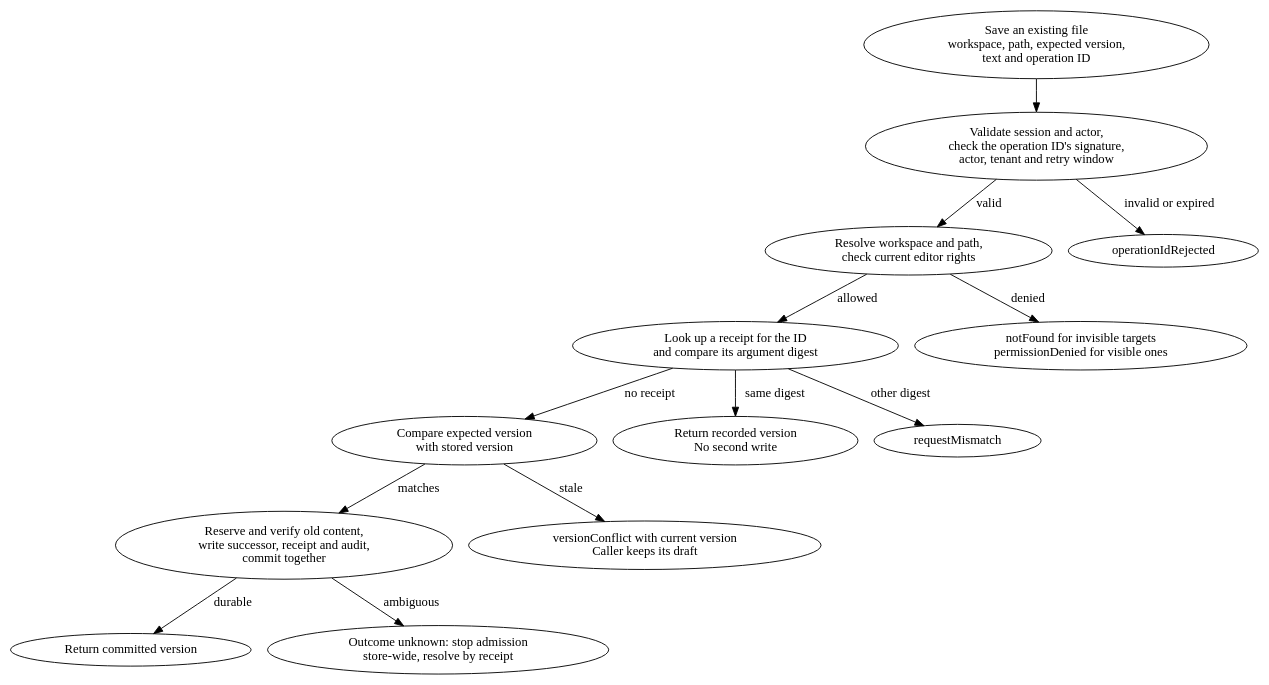
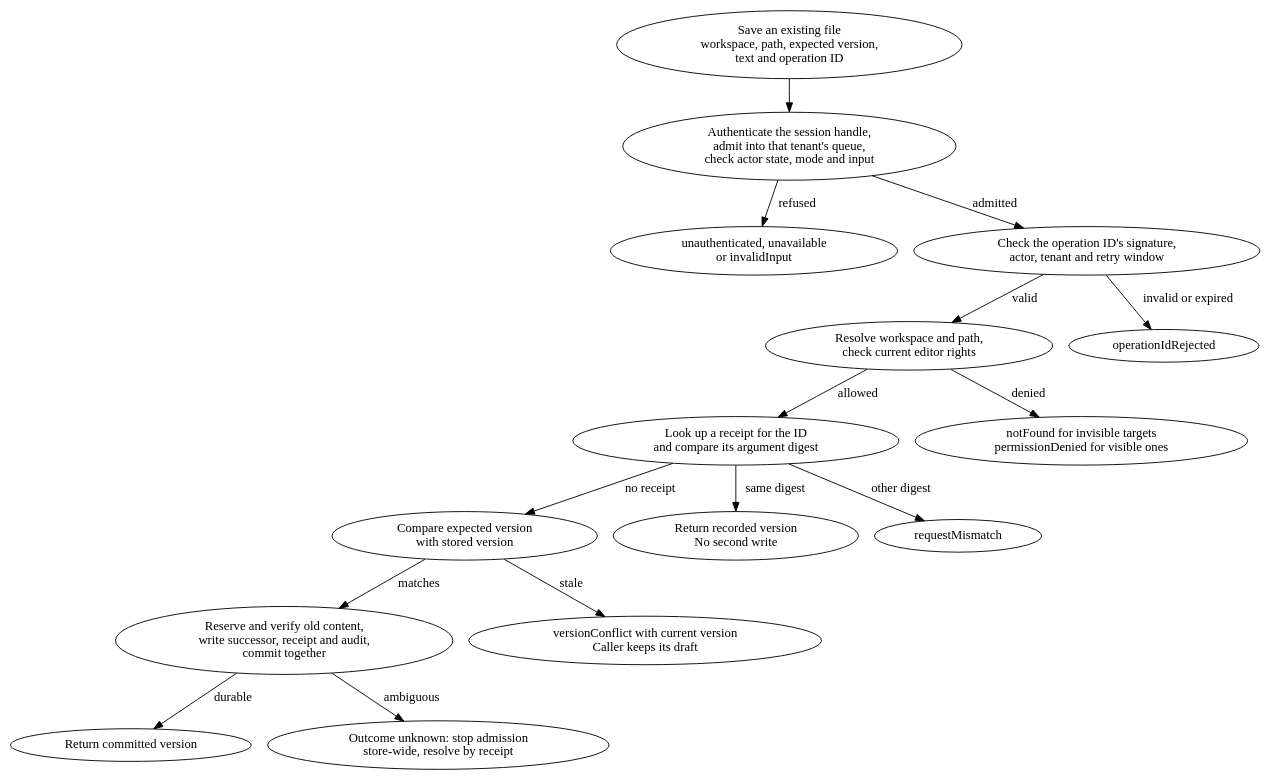
One commit to jeamy/phi-space changed the diagram in docs/img/src/zanzibar-save.dot. Above: the diagram before and after it, drawn with Graphviz. The commit also changed 2 other files, not shown here.

Commit message:
docs: agent filesystem plan names the application spaces-files; sessions are authenticated before the tenant queue, user identities are bound on FsActor, audit rows carry a sequence, recovery mutations have receipts, the deployment state outside the data store is specified (6.6), budgets move to section 3

```diff
--- a/docs/img/src/zanzibar-save.dot
+++ b/docs/img/src/zanzibar-save.dot
@@ -1,28 +1,32 @@
 digraph "Saving an existing file inside the tenant queue" {
 #include
 	start [label="Save an existing file\nworkspace, path, expected version,\ntext and operation ID"];
-	opid [label="Validate session and actor,\ncheck the operation ID's signature,\nactor, tenant and retry window"];
+	admit [label="Authenticate the session handle,\nadmit into that tenant's queue,\ncheck actor state, mode and input"];
+	refused [label="unauthenticated, unavailable\nor invalidInput", fillcolor="#f8e9e5"];
+	opid [label="Check the operation ID's signature,\nactor, tenant and retry window"];
 	auth [label="Resolve workspace and path,\ncheck current editor rights"];
 	receipt [label="Look up a receipt for the ID\nand compare its argument digest"];
 	version [label="Compare expected version\nwith stored version"];
 	commit [label="Reserve and verify old content,\nwrite successor, receipt and audit,\ncommit together", fillcolor="#d8eeea"];
 	rejected [label="operationIdRejected", fillcolor="#f8e9e5"];
 	denied [label="notFound for invisible targets\npermissionDenied for visible ones", fillcolor="#f8e9e5"];
 	replay [label="Return recorded version\nNo second write", fillcolor="#d8eeea"];
 	mismatch [label="requestMismatch", fillcolor="#f8e9e5"];
 	conflict [label="versionConflict with current version\nCaller keeps its draft", fillcolor="#fcf2d9"];
 	ok [label="Return committed version", fillcolor="#d8eeea"];
 	unknown [label="Outcome unknown: stop admission\nstore-wide, resolve by receipt", fillcolor="#fcf2d9"];
-	start -> opid;
+	start -> admit;
+	admit -> opid [label="admitted"];
+	admit -> refused [label="refused"];
 	opid -> auth [label="valid"];
 	opid -> rejected [label="invalid or expired"];
 	auth -> receipt [label="allowed"];
 	auth -> denied [label="denied"];
 	receipt -> version [label="no receipt"];
 	receipt -> replay [label="same digest"];
 	receipt -> mismatch [label="other digest"];
 	version -> commit [label="matches"];
 	version -> conflict [label="stale"];
 	commit -> ok [label="durable"];
 	commit -> unknown [label="ambiguous"];
 }
```
